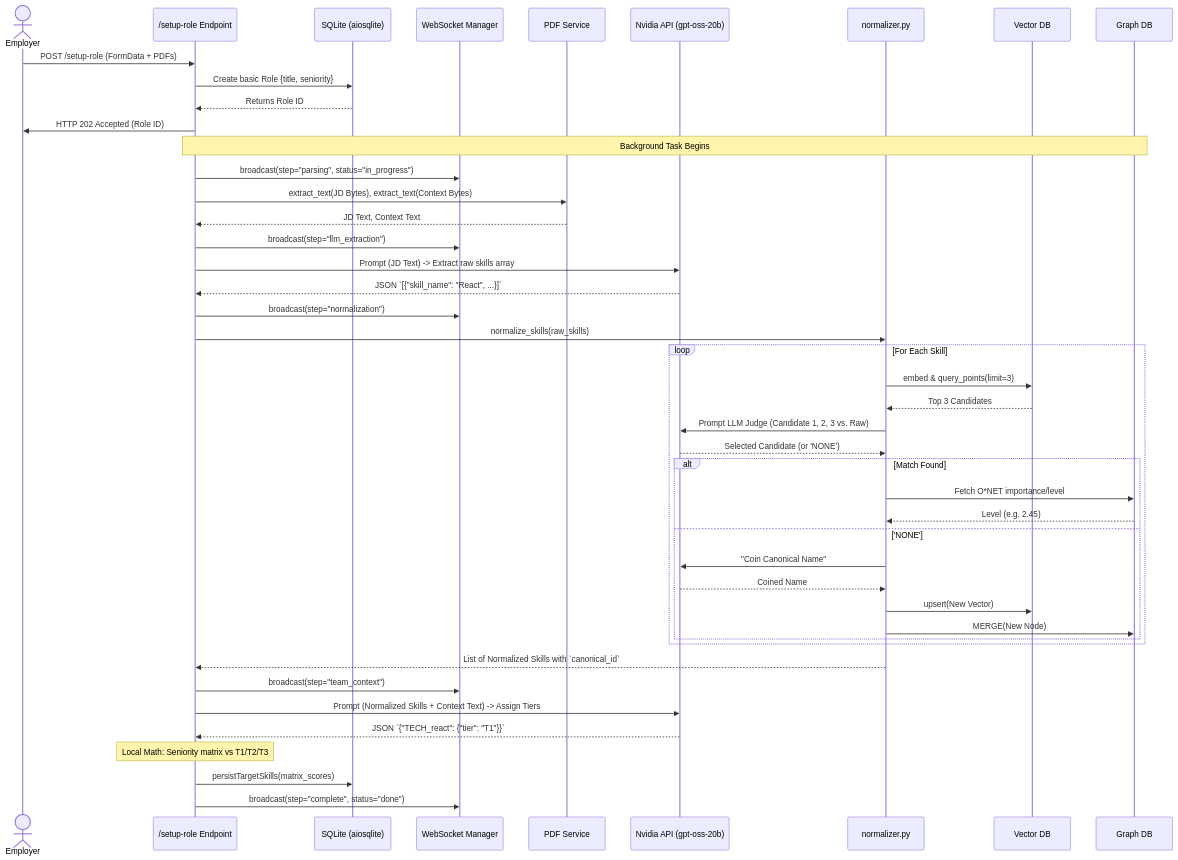
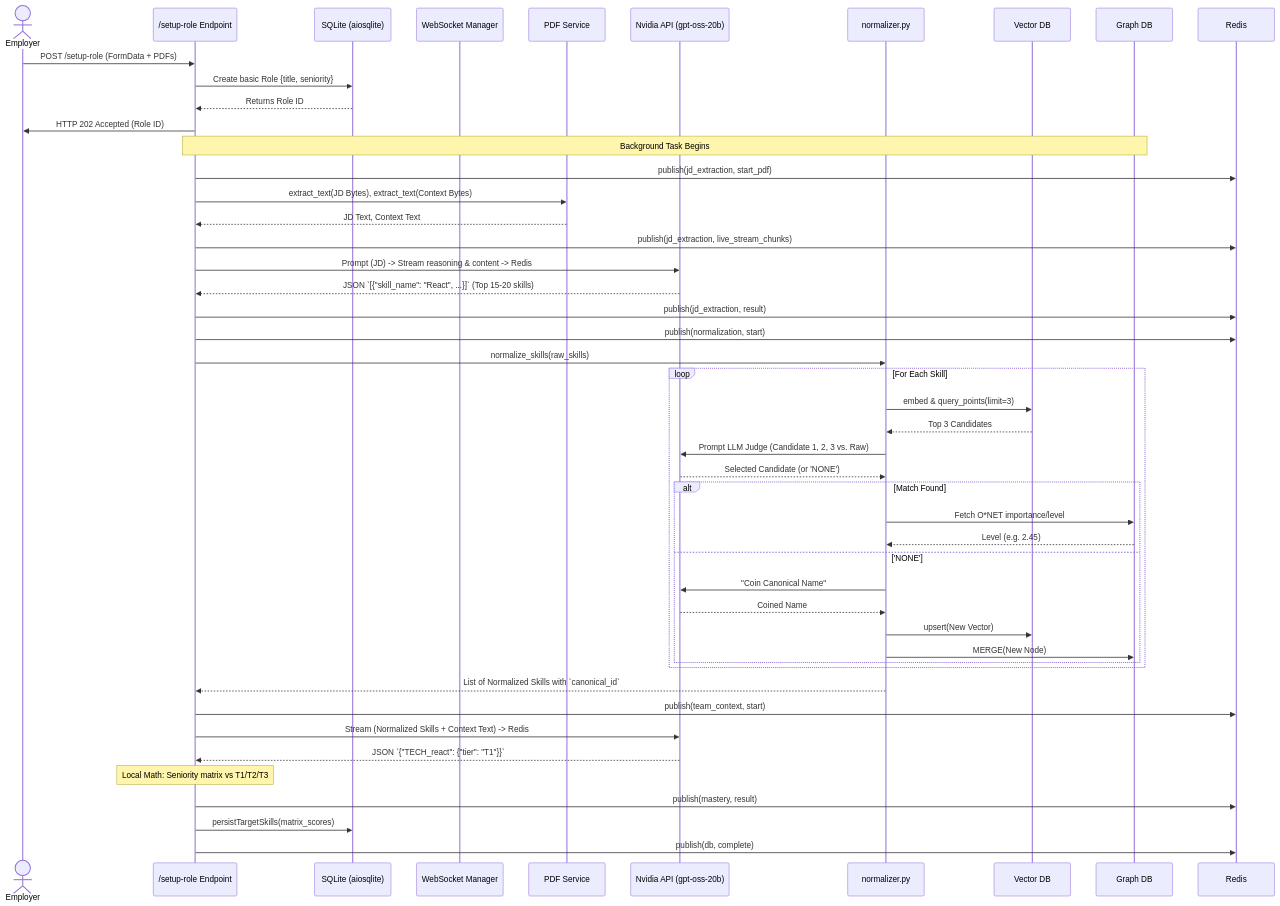
The first of 2 diagrams in docs/working.md (ujwal-s-r/IISC_emp_onboarding_proj), drawn with Mermaid before and after one commit. The commit also changed other lines of this file and 6 other files, not shown here.

````diff
--- a/docs/working.md
+++ b/docs/working.md
@@ -15,57 +15,59 @@
 ```mermaid
 sequenceDiagram
     actor Employer
     participant API as /setup-role Endpoint
     participant DB as SQLite (aiosqlite)
     participant Socket as WebSocket Manager
     participant PDF as PDF Service
     participant LLM as Nvidia API (gpt-oss-20b)
     participant Norm as normalizer.py
     participant Qdrant as Vector DB
     participant Neo4j as Graph DB
 
     Employer->>API: POST /setup-role (FormData + PDFs)
     API->>DB: Create basic Role {title, seniority}
     DB-->>API: Returns Role ID
     API->>Employer: HTTP 202 Accepted (Role ID)
     
     note over API, Neo4j: Background Task Begins
 
-    API->>Socket: broadcast(step="parsing", status="in_progress")
+    API->>Redis: publish(jd_extraction, start_pdf)
     API->>PDF: extract_text(JD Bytes), extract_text(Context Bytes)
     PDF-->>API: JD Text, Context Text
     
-    API->>Socket: broadcast(step="llm_extraction")
-    API->>LLM: Prompt (JD Text) -> Extract raw skills array
-    LLM-->>API: JSON `[{"skill_name": "React", ...}]`
+    API->>Redis: publish(jd_extraction, live_stream_chunks)
+    API->>LLM: Prompt (JD) -> Stream reasoning & content -> Redis
+    LLM-->>API: JSON `[{"skill_name": "React", ...}]` (Top 15-20 skills)
+    API->>Redis: publish(jd_extraction, result)
     
-    API->>Socket: broadcast(step="normalization")
+    API->>Redis: publish(normalization, start)
     API->>Norm: normalize_skills(raw_skills)
     
     loop For Each Skill
         Norm->>Qdrant: embed & query_points(limit=3)
         Qdrant-->>Norm: Top 3 Candidates
         Norm->>LLM: Prompt LLM Judge (Candidate 1, 2, 3 vs. Raw)
         LLM-->>Norm: Selected Candidate (or 'NONE')
         
         alt Match Found
             Norm->>Neo4j: Fetch O*NET importance/level
             Neo4j-->>Norm: Level (e.g. 2.45)
         else 'NONE'
             Norm->>LLM: "Coin Canonical Name"
             LLM-->>Norm: Coined Name
             Norm->>Qdrant: upsert(New Vector)
             Norm->>Neo4j: MERGE(New Node)
         end
     end
     Norm-->>API: List of Normalized Skills with `canonical_id`
     
-    API->>Socket: broadcast(step="team_context")
-    API->>LLM: Prompt (Normalized Skills + Context Text) -> Assign Tiers
+    API->>Redis: publish(team_context, start)
+    API->>LLM: Stream (Normalized Skills + Context Text) -> Redis
     LLM-->>API: JSON `{"TECH_react": {"tier": "T1"}}`
     
     note over API: Local Math: Seniority matrix vs T1/T2/T3
+    API->>Redis: publish(mastery, result)
     
     API->>DB: persistTargetSkills(matrix_scores)
-    API->>Socket: broadcast(step="complete", status="done")
+    API->>Redis: publish(db, complete)
 ```
````
